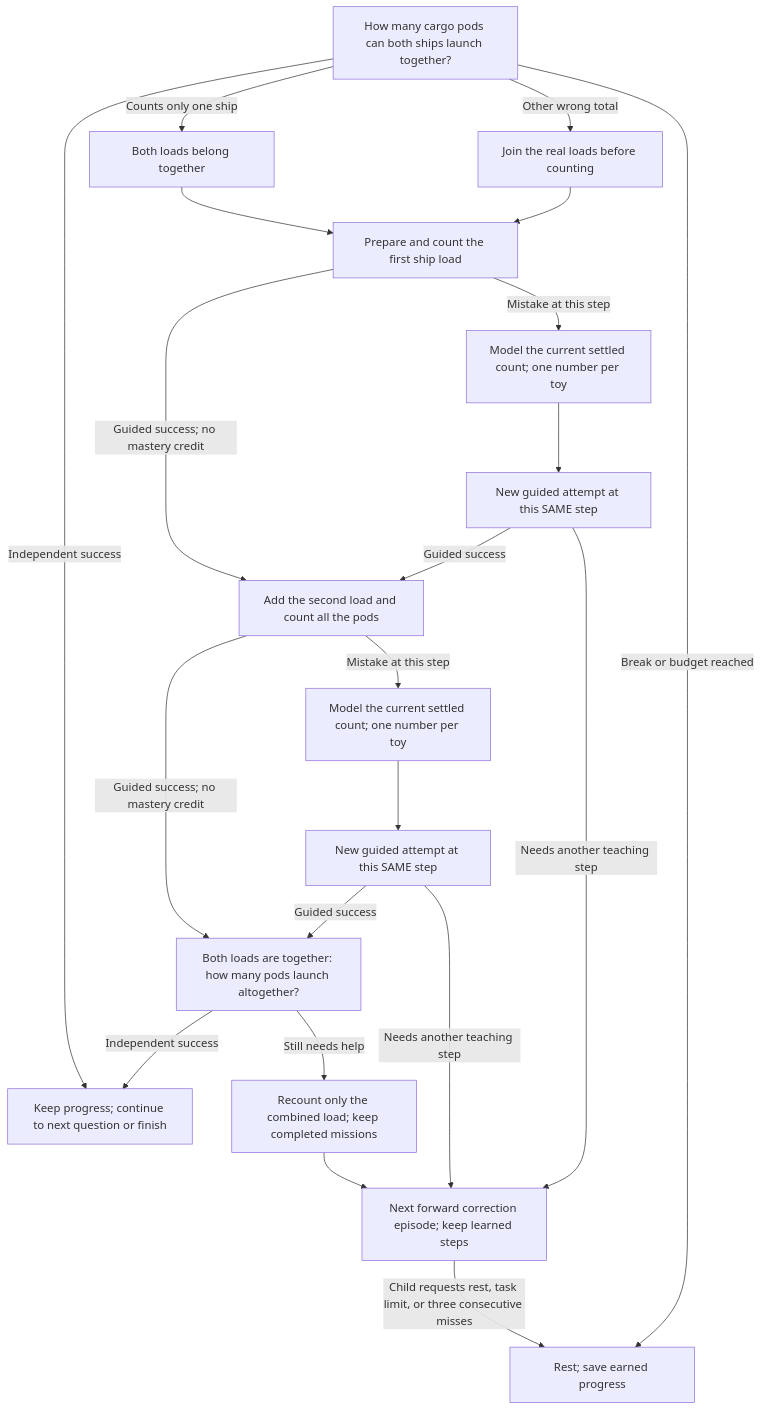
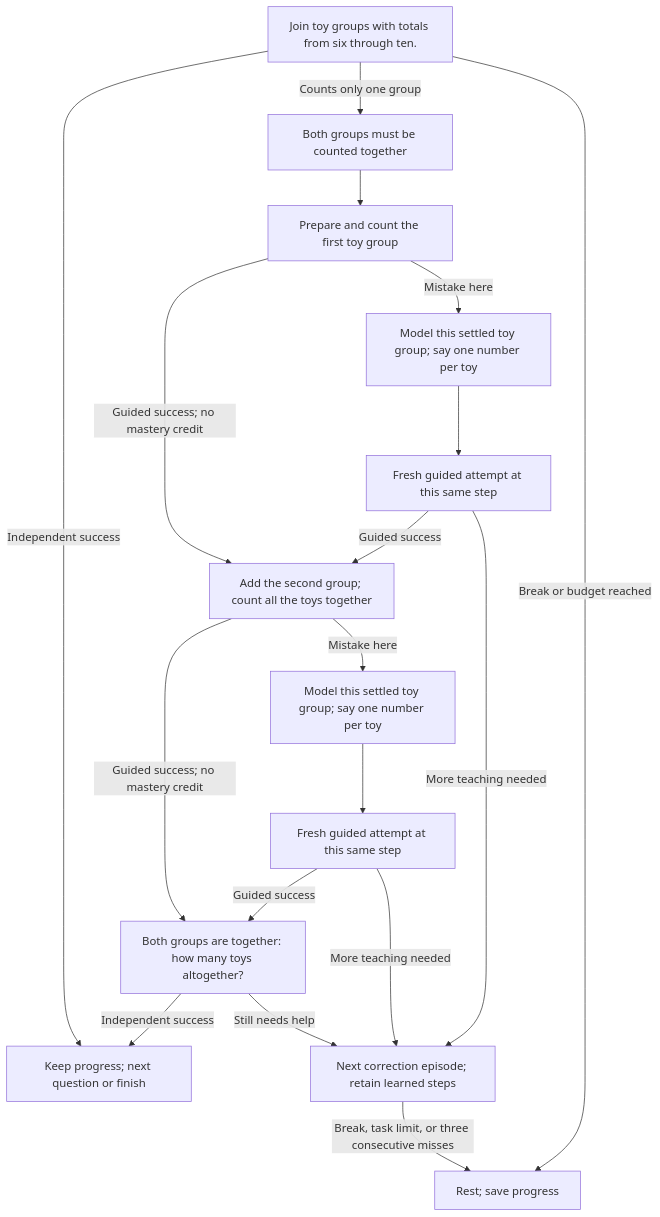
The first of 2 diagrams in docs/wiki/Lesson-7-Supply-launch.md (sealsbroken/unmath), drawn with Mermaid before and after one commit. The commit also changed other lines of this file and 33 other files, not shown here.

Commit message:
Start directly with real toys and remove pretend roles and adult prompts

````diff
--- a/docs/wiki/Lesson-7-Supply-launch.md
+++ b/docs/wiki/Lesson-7-Supply-launch.md
@@ -37,23 +32,20 @@
 ```mermaid
 flowchart TD
-    Choose["How many cargo pods can both ships launch together?"] -->|"Independent success"| Done["Keep progress; continue to next question or finish"]
-    Choose -->|"Counts only one ship"| E0["Both loads belong together"]
+    Start["Join toy groups with totals from six through ten."] -->|"Independent success"| Done["Keep progress; next question or finish"]
+    Start -->|"Counts only one group"| E0["Both groups must be counted together"]
     E0 --> S0
-    Choose -->|"Other wrong total"| E1["Join the real loads before counting"]
-    E1 --> S0
-    S0["Prepare and count the first ship load"] -->|"Guided success; no mastery credit"| S1
-    S0 -->|"Mistake at this step"| H0["Model the current settled count; one number per toy"]
-    H0 --> R0["New guided attempt at this SAME step"]
+    S0["Prepare and count the first toy group"] -->|"Guided success; no mastery credit"| S1
+    S0 -->|"Mistake here"| H0["Model this settled toy group; say one number per toy"]
+    H0 --> R0["Fresh guided attempt at this same step"]
     R0 -->|"Guided success"| S1
-    R0 -->|"Needs another teaching step"| Continue["Next forward correction episode; keep learned steps"]
-    S1["Add the second load and count all the pods"] -->|"Guided success; no mastery credit"| Follow
-    S1 -->|"Mistake at this step"| H1["Model the current settled count; one number per toy"]
-    H1 --> R1["New guided attempt at this SAME step"]
+    R0 -->|"More teaching needed"| Continue["Next correction episode; retain learned steps"]
+    S1["Add the second group; count all the toys together"] -->|"Guided success; no mastery credit"| Follow
+    S1 -->|"Mistake here"| H1["Model this settled toy group; say one number per toy"]
+    H1 --> R1["Fresh guided attempt at this same step"]
     R1 -->|"Guided success"| Follow
-    R1 -->|"Needs another teaching step"| Continue["Next forward correction episode; keep learned steps"]
-    Follow["Both loads are together: how many pods launch altogether?"] -->|"Independent success"| Done
-    Follow -->|"Still needs help"| Focus["Recount only the combined load; keep completed missions"]
-    Focus --> Continue
-    Choose -->|"Break or budget reached"| Rest["Rest; save earned progress"]
-    Continue -->|"Child requests rest, task limit, or three consecutive misses"| Rest
+    R1 -->|"More teaching needed"| Continue["Next correction episode; retain learned steps"]
+    Follow["Both groups are together: how many toys altogether?"] -->|"Independent success"| Done
+    Follow -->|"Still needs help"| Continue
+    Start -->|"Break or budget reached"| Rest["Rest; save progress"]
+    Continue -->|"Break, task limit, or three consecutive misses"| Rest
 ```
````
